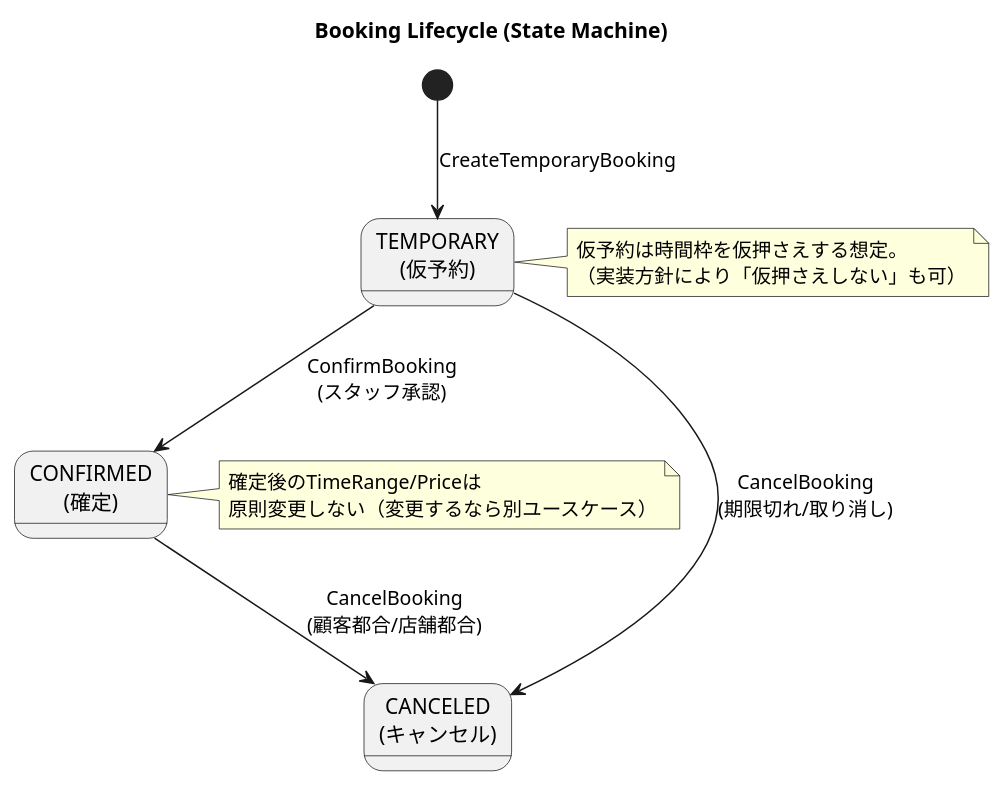
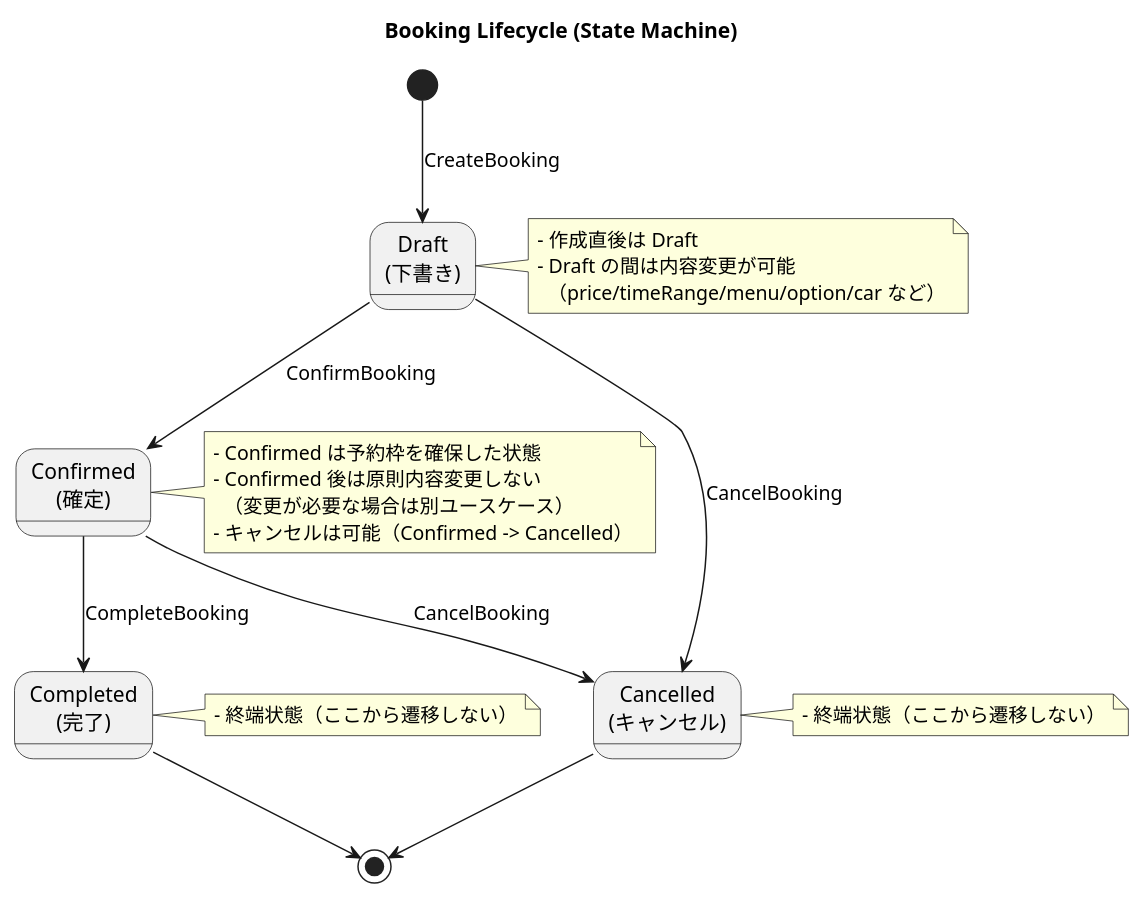
The diagram in src/Domain/models/Booking/BookingLifecycle.pu (misdo-tabeyo/funny-reservation), drawn with PlantUML before and after one commit. The commit also changed 2 other files, not shown here.

Commit message:
docs: ドメインモデル図に予約ルールを追記

```diff
--- a/src/Domain/models/Booking/BookingLifecycle.pu
+++ b/src/Domain/models/Booking/BookingLifecycle.pu
@@ -1,25 +1,41 @@
 @startuml BookingLifecycle
 title Booking Lifecycle (State Machine)
 
-state "TEMPORARY\n(仮予約)" as TEMPORARY
-state "CONFIRMED\n(確定)" as CONFIRMED
-state "CANCELED\n(キャンセル)" as CANCELED
+state "Draft\n(下書き)" as DRAFT
+state "Confirmed\n(確定)" as CONFIRMED
+state "Cancelled\n(キャンセル)" as CANCELLED
+state "Completed\n(完了)" as COMPLETED
 
-[*] --> TEMPORARY : CreateTemporaryBooking
+[*] --> DRAFT : CreateBooking
 
-TEMPORARY --> CONFIRMED : ConfirmBooking\n(スタッフ承認)
-TEMPORARY --> CANCELED : CancelBooking\n(期限切れ/取り消し)
+DRAFT --> CONFIRMED : ConfirmBooking
+DRAFT --> CANCELLED : CancelBooking
 
-CONFIRMED --> CANCELED : CancelBooking\n(顧客都合/店舗都合)
+CONFIRMED --> COMPLETED : CompleteBooking
+CONFIRMED --> CANCELLED : CancelBooking
 
-note right of TEMPORARY
-  仮予約は時間枠を仮押さえする想定。
-  （実装方針により「仮押さえしない」も可）
+CANCELLED --> [*]
+COMPLETED --> [*]
+
+note right of DRAFT
+  - 作成直後は Draft
+  - Draft の間は内容変更が可能
+    （price/timeRange/menu/option/car など）
 end note
 
 note right of CONFIRMED
-  確定後のTimeRange/Priceは
-  原則変更しない（変更するなら別ユースケース）
+  - Confirmed は予約枠を確保した状態
+  - Confirmed 後は原則内容変更しない
+    （変更が必要な場合は別ユースケース）
+  - キャンセルは可能（Confirmed -> Cancelled）
+end note
+
+note right of CANCELLED
+  - 終端状態（ここから遷移しない）
+end note
+
+note right of COMPLETED
+  - 終端状態（ここから遷移しない）
 end note
 
 @enduml
```
